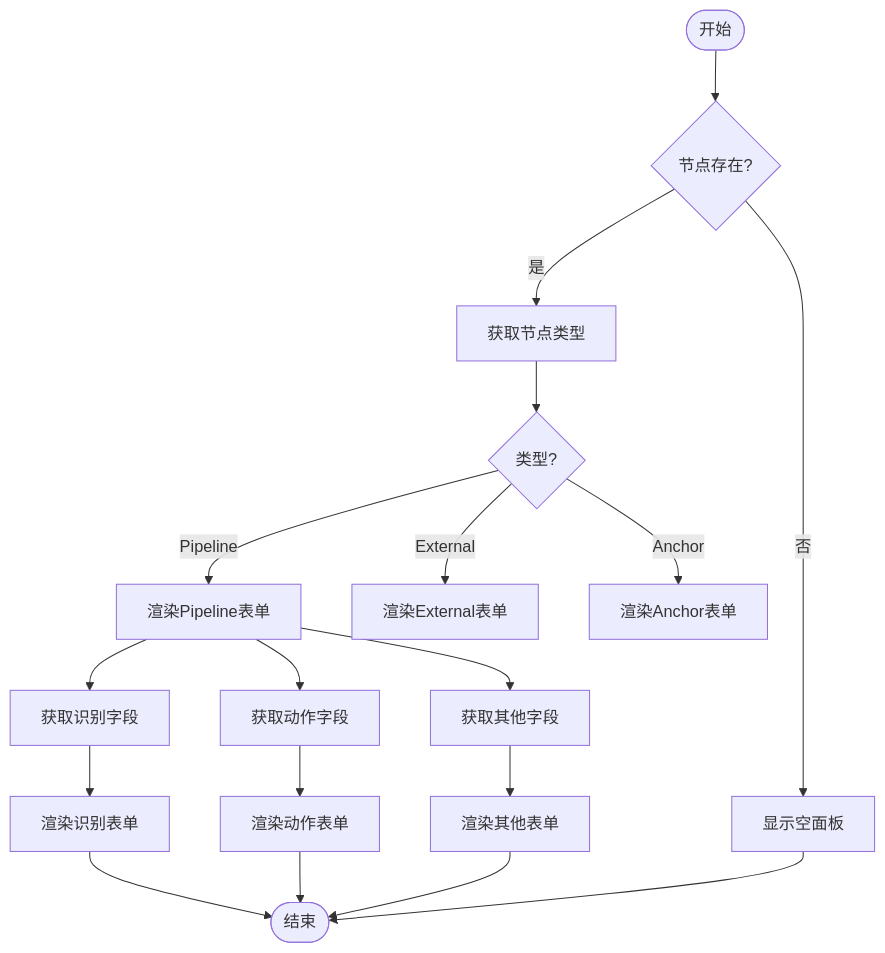
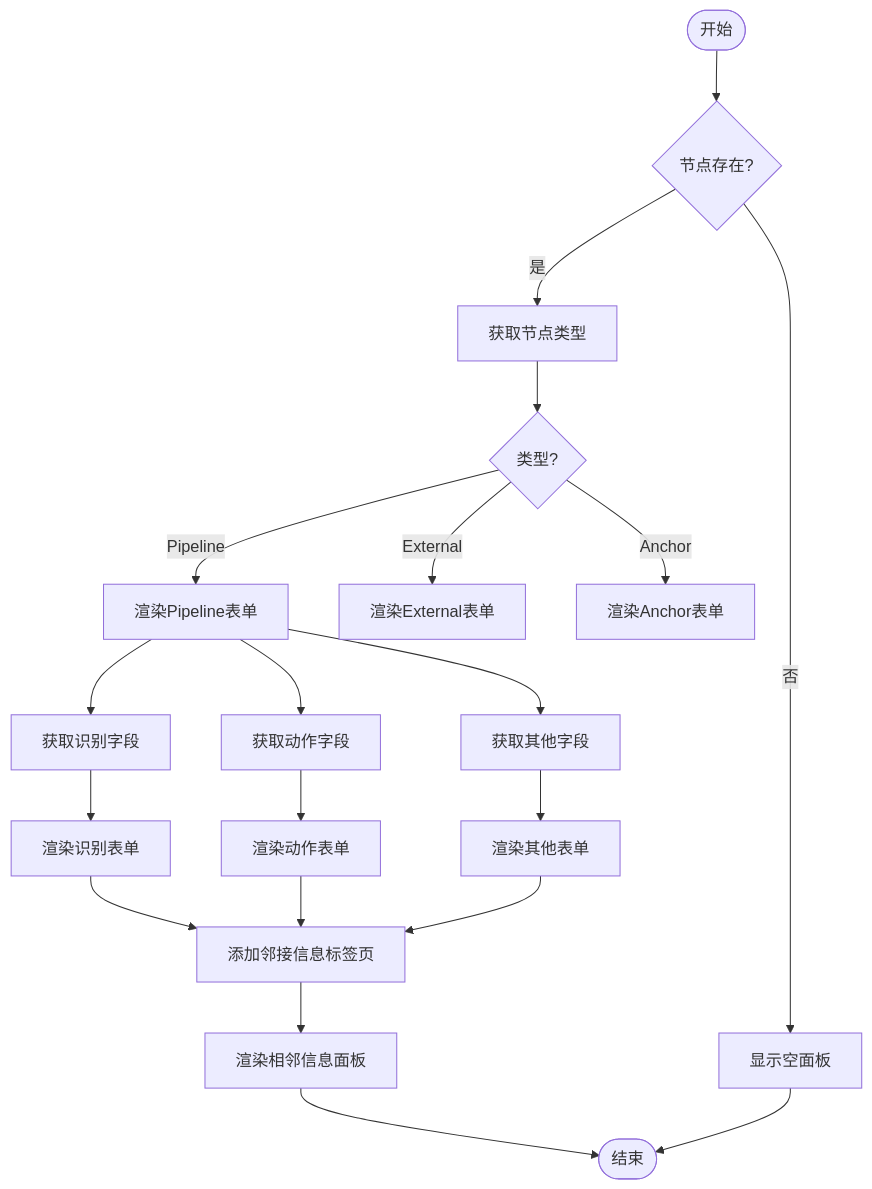
One commit to kqcoxn/MaaPipelineEditor changed the fifth of 8 diagrams in .qoder/repowiki/zh/content/核心概念/字段面板/字段面板.md. Above: the diagram before and after it, drawn with Mermaid. The commit also changed other lines of this file and 430 other files, not shown here.

````diff
--- a/.qoder/repowiki/zh/content/核心概念/字段面板/字段面板.md
+++ b/.qoder/repowiki/zh/content/核心概念/字段面板/字段面板.md
@@ -237,20 +273,22 @@
 ```mermaid
 flowchart TD
 Start([开始]) --> CheckNode{"节点存在?"}
 CheckNode --> |否| ShowEmpty["显示空面板"]
 CheckNode --> |是| GetNodeType["获取节点类型"]
 GetNodeType --> NodeType{"类型?"}
 NodeType --> |Pipeline| RenderPipeline["渲染Pipeline表单"]
 NodeType --> |External| RenderExternal["渲染External表单"]
 NodeType --> |Anchor| RenderAnchor["渲染Anchor表单"]
 RenderPipeline --> GetRecoFields["获取识别字段"]
 RenderPipeline --> GetActionFields["获取动作字段"]
 RenderPipeline --> GetOtherFields["获取其他字段"]
 GetRecoFields --> RenderRecoForm["渲染识别表单"]
 GetActionFields --> RenderActionForm["渲染动作表单"]
 GetOtherFields --> RenderOtherForm["渲染其他表单"]
-RenderRecoForm --> End([结束])
-RenderActionForm --> End
-RenderOtherForm --> End
+RenderRecoForm --> AddAdjacentTab["添加邻接信息标签页"]
+RenderActionForm --> AddAdjacentTab
+RenderOtherForm --> AddAdjacentTab
+AddAdjacentTab --> RenderAdjacentPanel["渲染相邻信息面板"]
+RenderAdjacentPanel --> End([结束])
 ShowEmpty --> End
 ```
````
